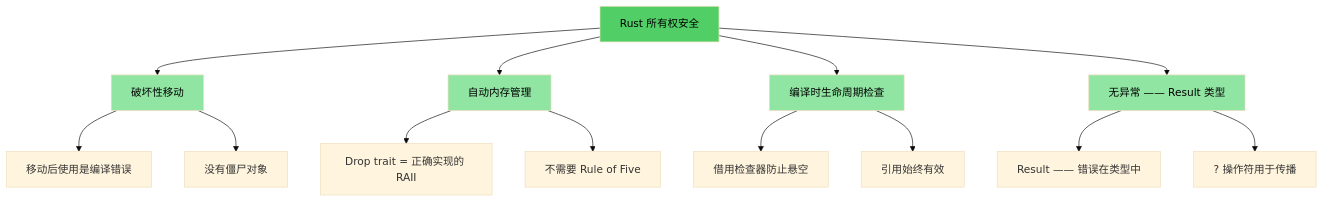
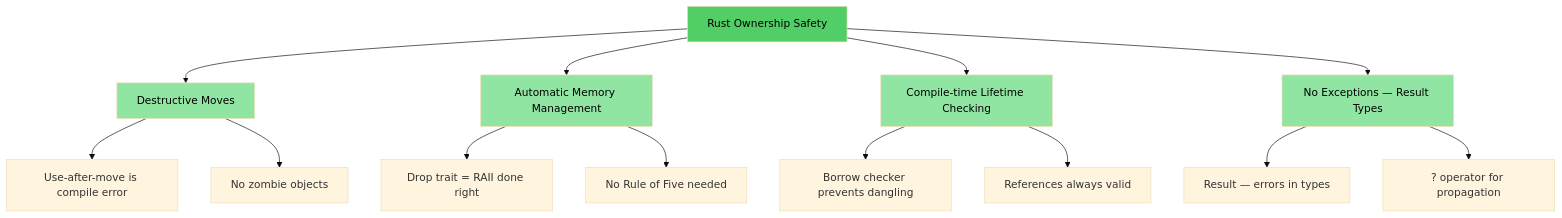
One commit to hex623/rust-training-zh changed the first of 4 diagrams in src/ch01-introduction-and-motivation.md. Above: the diagram before and after it, drawn with Mermaid (base theme). The commit also changed other lines of this file and 21 other files, not shown here.

````diff
--- a/src/ch01-introduction-and-motivation.md
+++ b/src/ch01-introduction-and-motivation.md
@@ -90,25 +90,25 @@
 ```mermaid
 graph TD
-    A[Rust 所有权安全] --> B[破坏性移动]
-    A --> C[自动内存管理]
-    A --> D[编译时生命周期检查]
-    A --> E[无异常 —— Result 类型]
+    A[Rust Ownership Safety] --> B[Destructive Moves]
+    A --> C[Automatic Memory Management]
+    A --> D[Compile-time Lifetime Checking]
+    A --> E[No Exceptions — Result Types]
     
-    B --> B1["移动后使用是编译错误"]
-    B --> B2["没有僵尸对象"]
+    B --> B1["Use-after-move is compile error"]
+    B --> B2["No zombie objects"]
     
-    C --> C1["Drop trait = 正确实现的 RAII"]
-    C --> C2["不需要 Rule of Five"]
+    C --> C1["Drop trait = RAII done right"]
+    C --> C2["No Rule of Five needed"]
     
-    D --> D1["借用检查器防止悬空"]
-    D --> D2["引用始终有效"]
+    D --> D1["Borrow checker prevents dangling"]
+    D --> D2["References always valid"]
     
-    E --> E1["Result<T,E> —— 错误在类型中"]
-    E --> E2["? 操作符用于传播"]
+    E --> E1["Result<T,E> — errors in types"]
+    E --> E2["? operator for propagation"]
     
     style A fill:#51cf66,color:#000
     style B fill:#91e5a3,color:#000
     style C fill:#91e5a3,color:#000
     style D fill:#91e5a3,color:#000
     style E fill:#91e5a3,color:#000
 ```
````
